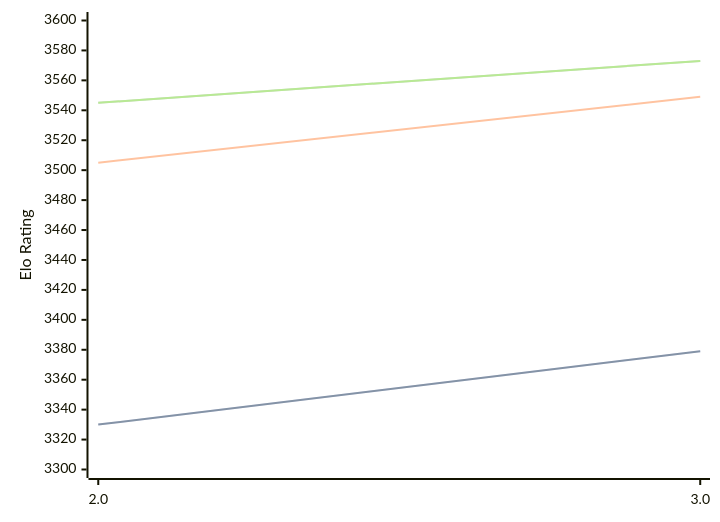
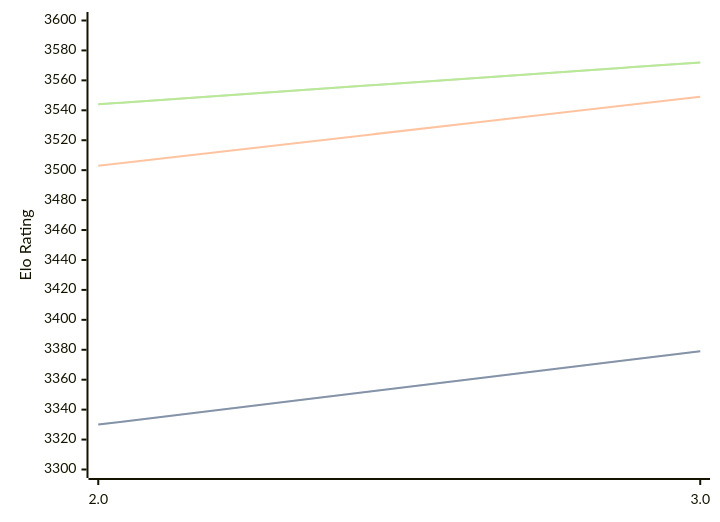
The diagram in engines/Quanticade.md (computer-chess-index/cci), drawn with Mermaid before and after one commit. The commit also changed other lines of this file, not shown here.

Commit message:
Update CCI Ratings (ELO VLTC) - 2026-04-17

````diff
--- a/engines/Quanticade.md
+++ b/engines/Quanticade.md
@@ -41,11 +41,11 @@
 ```mermaid
 %%{init: {"theme":"base","themeVariables":{"seriesColors:['#a3a3a3','#222221','#faa371']}}}%%
 xychart-beta
   x-axis ["2.0", "3.0"]
   y-axis "Elo Rating" 3300 --> 3600
   line "STC (8.0+0.08s)" [3330, 3379]
   line "STC (8.0+0.08s)" [3330, 3379]
-  line "LTC (60.0+0.60s)" [3505, 3549]
-  line "VLTC (2m24s+1.12s)" [3545, 3573]
-  line "VLTC (2m24s+1.12s)" [3545, 3573]
+  line "LTC (60.0+0.60s)" [3503, 3549]
+  line "VLTC (2m24s+1.12s)" [3544, 3572]
+  line "VLTC (2m24s+1.12s)" [3544, 3572]
 ```
````
